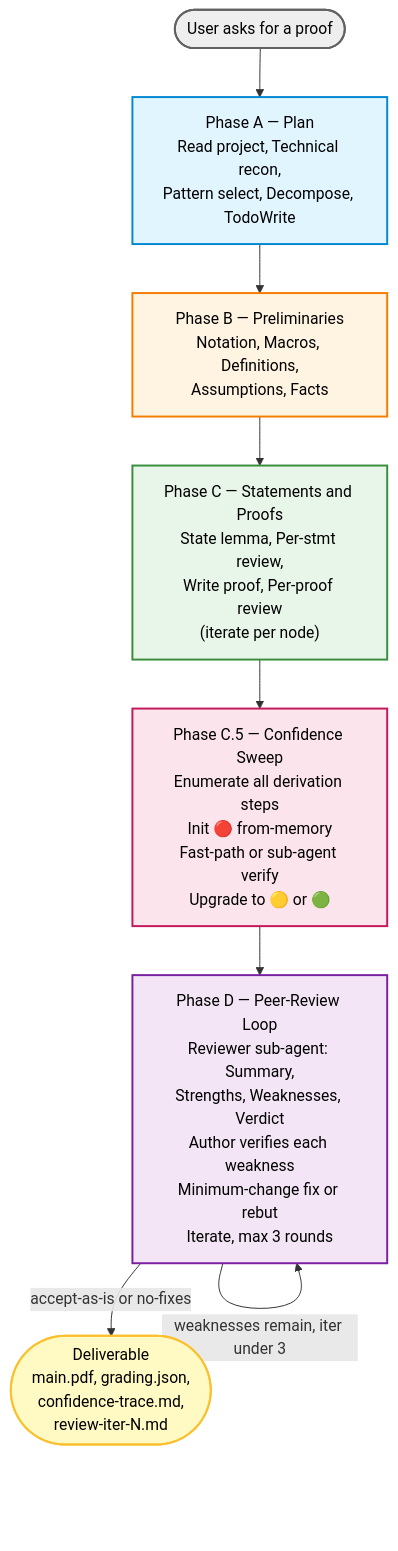
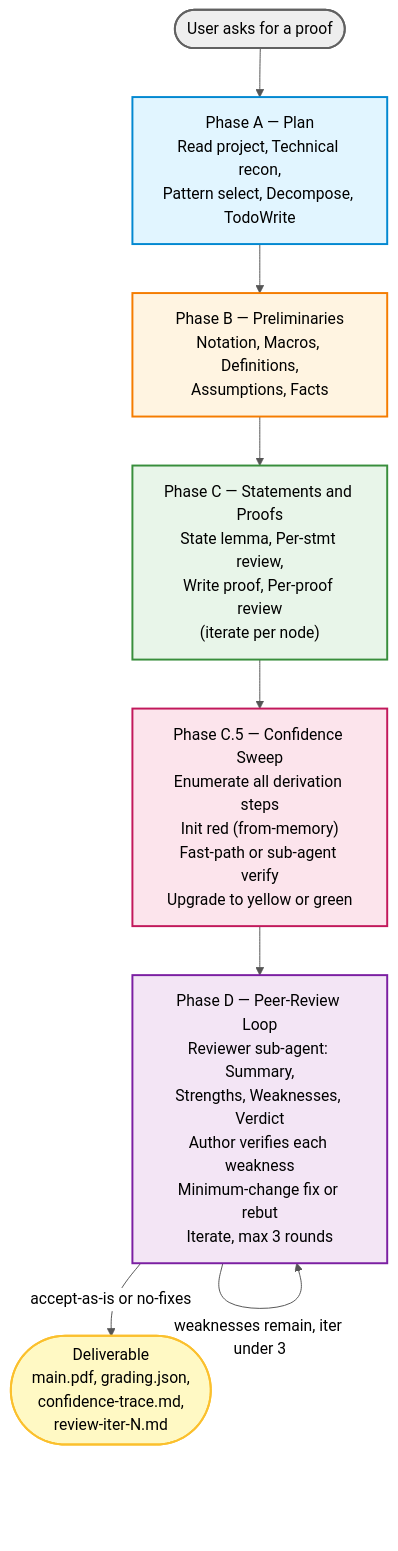
The first of 2 diagrams in README.md (ChristianYang37/DLT-Proof-Writing-Skill), drawn with Mermaid before and after one commit. The commit also changed other lines of this file and 1 other file, not shown here.

````diff
--- a/README.md
+++ b/README.md
@@ -44,19 +44,20 @@
 ```mermaid
+%%{init: {'theme':'base', 'themeVariables': {'primaryTextColor':'#000','primaryColor':'#fff','lineColor':'#555','textColor':'#000','edgeLabelBackground':'#ffffff','tertiaryTextColor':'#000','clusterTextColor':'#000','nodeTextColor':'#000'}}}%%
 flowchart TD
     Start(["User asks for a proof"]) --> A
     A["Phase A — Plan<br/>Read project, Technical recon,<br/>Pattern select, Decompose, TodoWrite"] --> B
     B["Phase B — Preliminaries<br/>Notation, Macros, Definitions,<br/>Assumptions, Facts"] --> C
     C["Phase C — Statements and Proofs<br/>State lemma, Per-stmt review,<br/>Write proof, Per-proof review<br/>(iterate per node)"] --> CC
-    CC["Phase C.5 — Confidence Sweep<br/>Enumerate all derivation steps<br/>Init 🔴 from-memory<br/>Fast-path or sub-agent verify<br/>Upgrade to 🟡 or 🟢"] --> D
+    CC["Phase C.5 — Confidence Sweep<br/>Enumerate all derivation steps<br/>Init red (from-memory)<br/>Fast-path or sub-agent verify<br/>Upgrade to yellow or green"] --> D
     D["Phase D — Peer-Review Loop<br/>Reviewer sub-agent: Summary,<br/>Strengths, Weaknesses, Verdict<br/>Author verifies each weakness<br/>Minimum-change fix or rebut<br/>Iterate, max 3 rounds"]
     D -->|"accept-as-is or no-fixes"| Out(["Deliverable<br/>main.pdf, grading.json,<br/>confidence-trace.md,<br/>review-iter-N.md"])
     D -->|"weaknesses remain, iter under 3"| D
 
     style A fill:#e1f5ff,stroke:#0288d1,stroke-width:2px,color:#000
     style B fill:#fff4e1,stroke:#f57c00,stroke-width:2px,color:#000
     style C fill:#e8f5e9,stroke:#388e3c,stroke-width:2px,color:#000
     style CC fill:#fce4ec,stroke:#c2185b,stroke-width:2px,color:#000
     style D fill:#f3e5f5,stroke:#7b1fa2,stroke-width:2px,color:#000
     style Out fill:#fff9c4,stroke:#fbc02d,stroke-width:2px,color:#000
     style Start fill:#eeeeee,stroke:#616161,stroke-width:2px,color:#000
 ```
````
